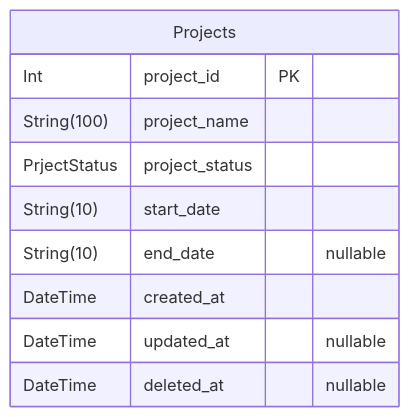
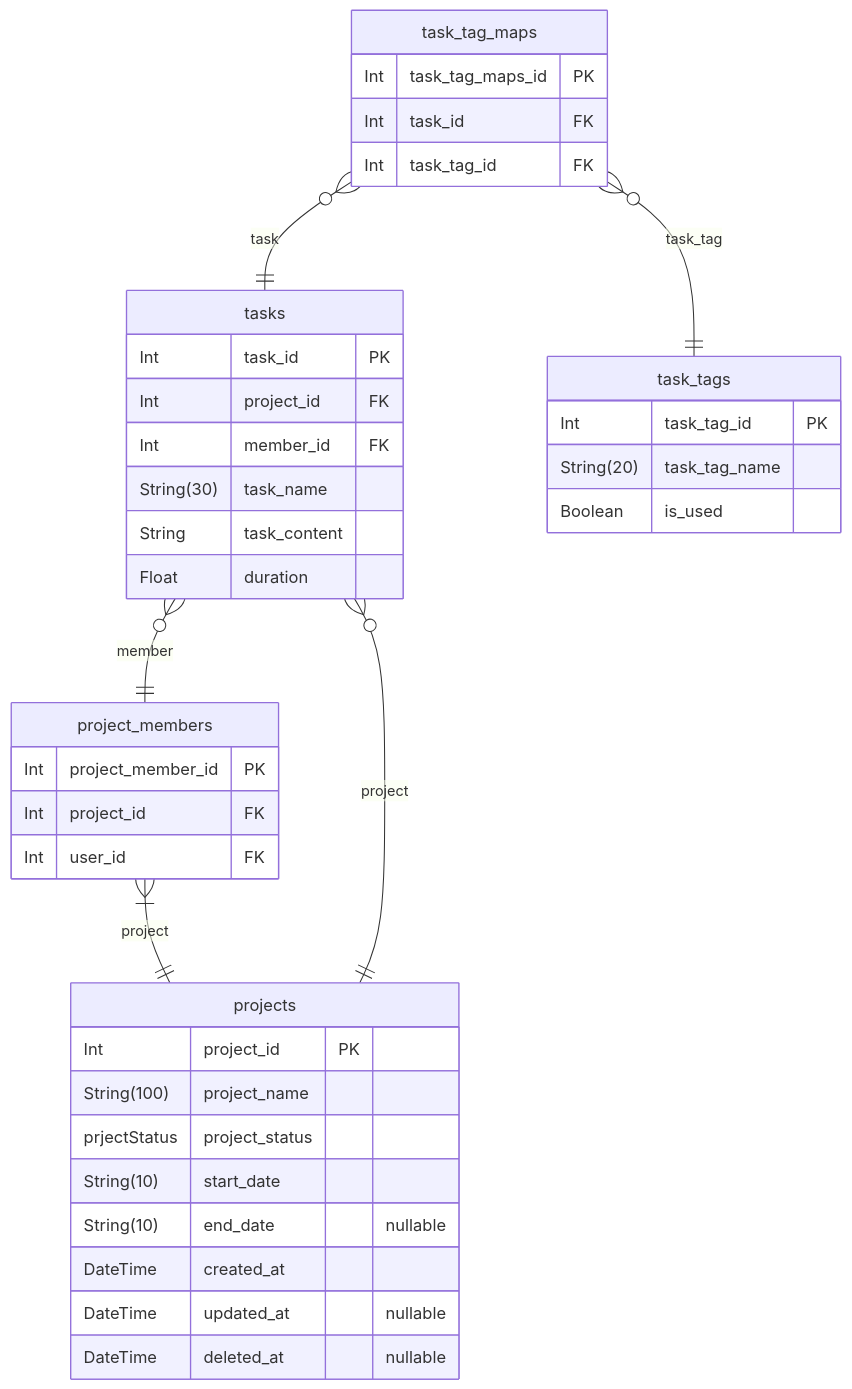
One commit to 723poil/nestjs-fastify-practice changed the second of 4 diagrams in prisma/ERD.md. Above: the diagram before and after it, drawn with Mermaid. The commit also changed other lines of this file and 14 other files, not shown here.

Commit message:
update erd

````diff
--- a/prisma/ERD.md
+++ b/prisma/ERD.md
@@ -10,13 +54,41 @@
 ```mermaid
 erDiagram
-"Projects" {
+"project_members" {
+  Int project_member_id PK
+  Int project_id FK
+  Int user_id FK
+}
+"projects" {
   Int project_id PK
   String(100) project_name
-  PrjectStatus project_status
+  prjectStatus project_status
   String(10) start_date
   String(10) end_date "nullable"
   DateTime created_at
   DateTime updated_at "nullable"
   DateTime deleted_at "nullable"
 }
+"tasks" {
+  Int task_id PK
+  Int project_id FK
+  Int member_id FK
+  String(30) task_name
+  String task_content
+  Float duration
+}
+"task_tags" {
+  Int task_tag_id PK
+  String(20) task_tag_name
+  Boolean is_used
+}
+"task_tag_maps" {
+  Int task_tag_maps_id PK
+  Int task_id FK
+  Int task_tag_id FK
+}
+"project_members" }|--|| "projects" : project
+"tasks" }o--|| "projects" : project
+"tasks" }o--|| "project_members" : member
+"task_tag_maps" }o--|| "tasks" : task
+"task_tag_maps" }o--|| "task_tags" : task_tag
 ```
````
